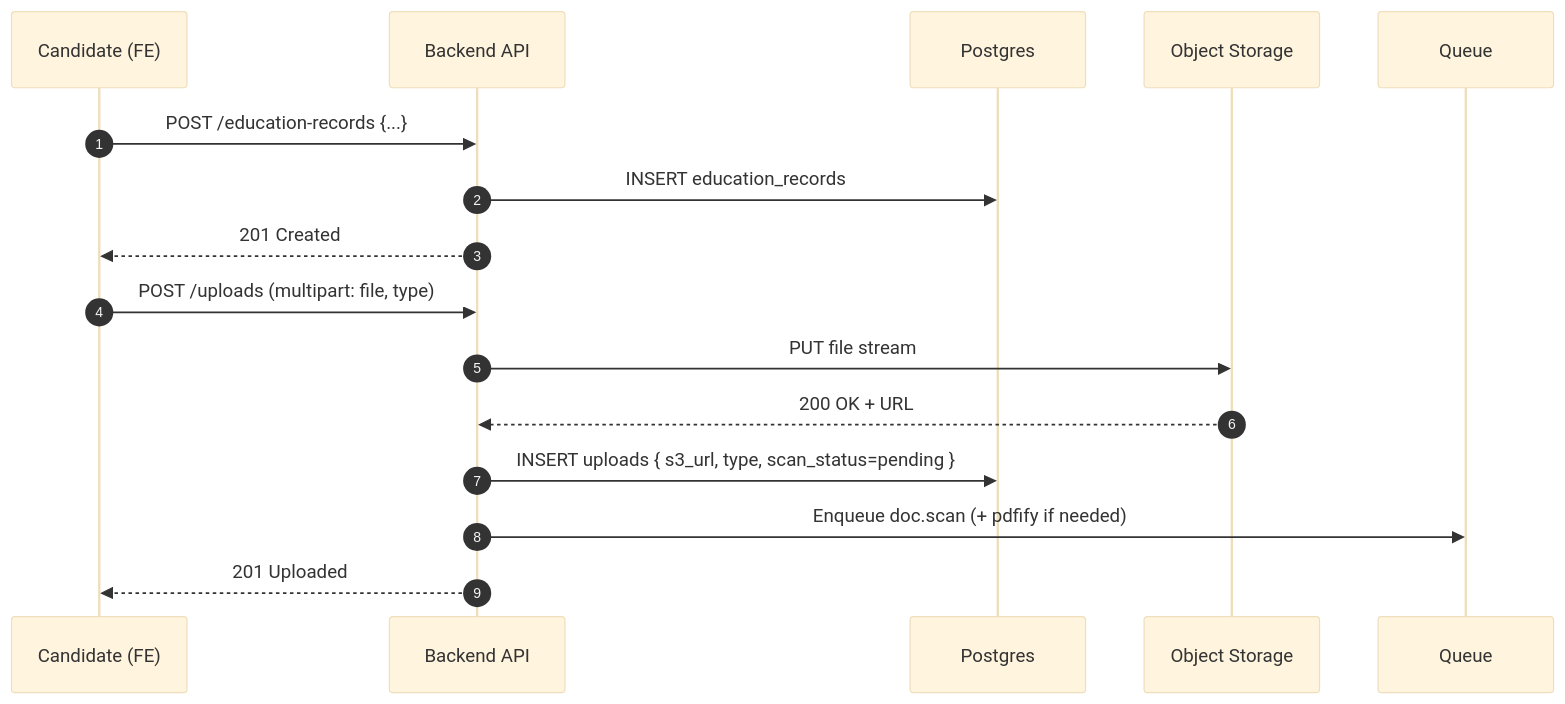
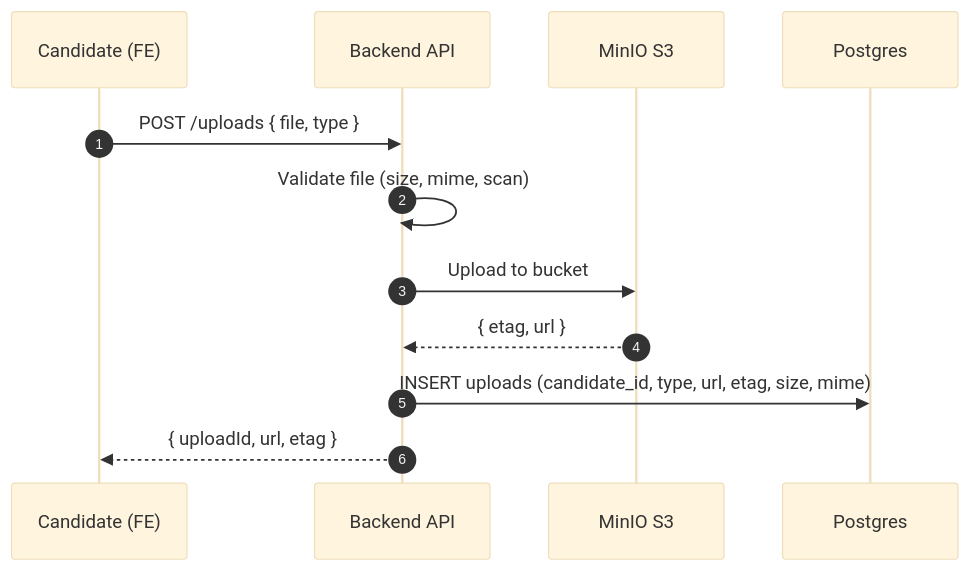
One commit to sbikelly/fuep_api changed the sixth of 20 diagrams in docs/sequence-diagrams.md. Above: the diagram before and after it, drawn with Mermaid (base theme). The commit also changed other lines of this file and 35 other files, not shown here.

````diff
--- a/docs/sequence-diagrams.md
+++ b/docs/sequence-diagrams.md
@@ -119,20 +122,15 @@
 ```mermaid
 sequenceDiagram
   autonumber
   participant U as Candidate (FE)
   participant API as Backend API
+  participant MINIO as MinIO S3
   participant DB as Postgres
-  participant S3 as Object Storage
-  participant Q as Queue
 
-  U->>API: POST /education-records {...}
-  API->>DB: INSERT education_records
-  API-->>U: 201 Created
-
-  U->>API: POST /uploads (multipart: file, type)
-  API->>S3: PUT file stream
-  S3-->>API: 200 OK + URL
-  API->>DB: INSERT uploads { s3_url, type, scan_status=pending }
-  API->>Q: Enqueue doc.scan (+ pdfify if needed)
-  API-->>U: 201 Uploaded
+  U->>API: POST /uploads { file, type }
+  API->>API: Validate file (size, mime, scan)
+  API->>MINIO: Upload to bucket
+  MINIO-->>API: { etag, url }
+  API->>DB: INSERT uploads (candidate_id, type, url, etag, size, mime)
+  API-->>U: { uploadId, url, etag }
 ```
````
